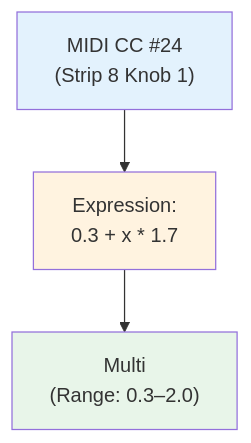
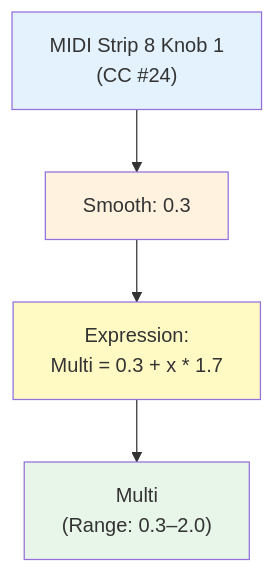
One commit to abossard/synesthesia-visuals changed the second of 17 diagrams in docs/mmv-master-pipeline-guide.md. Above: the diagram before and after it, drawn with Mermaid. The commit also changed other lines of this file, not shown here.

````diff
--- a/docs/mmv-master-pipeline-guide.md
+++ b/docs/mmv-master-pipeline-guide.md
@@ -216,9 +99,11 @@
 ```mermaid
 flowchart TD
-    MIDI_IN["MIDI CC #24<br/>(Strip 8 Knob 1)"] --> EXPR["Expression:<br/>0.3 + x * 1.7"]
-    EXPR --> MULTI["Multi<br/>(Range: 0.3–2.0)"]
+    MIDI_M["MIDI Strip 8 Knob 1<br/>(CC #24)"] --> SMOOTH_M["Smooth: 0.3"]
+    SMOOTH_M --> EXPR_M["Expression:<br/>Multi = 0.3 + x * 1.7"]
+    EXPR_M --> MULTI["Multi<br/>(Range: 0.3–2.0)"]
     
-    style MIDI_IN fill:#e3f2fd
-    style EXPR fill:#fff3e0
+    style MIDI_M fill:#e3f2fd
+    style SMOOTH_M fill:#fff3e0
+    style EXPR_M fill:#fff9c4
     style MULTI fill:#e8f5e9
 ```
````
